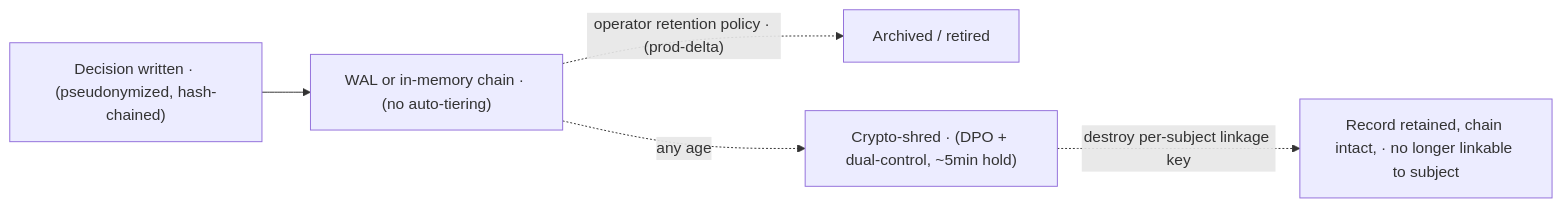
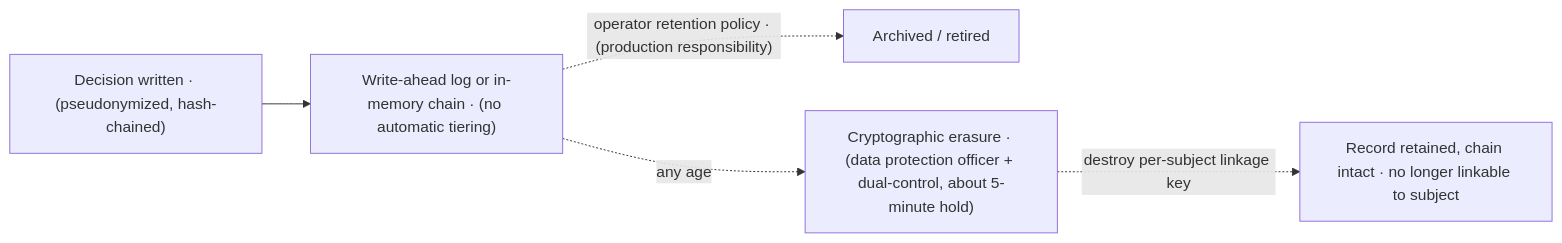
One commit to modootoday/humanymous changed the diagram in docs/explanation/dpia-companion.md. Above: the diagram before and after it, drawn with Mermaid. The commit also changed other lines of this file and 62 other files, not shown here.

````diff
--- a/docs/explanation/dpia-companion.md
+++ b/docs/explanation/dpia-companion.md
@@ -147,7 +147,7 @@
 ```mermaid
 flowchart LR
-  W["Decision written · (pseudonymized, hash-chained)"] --> A["WAL or in-memory chain · (no auto-tiering)"]
-  A -. "operator retention policy · (prod-delta)" .-> RET["Archived / retired"]
-  ER["Crypto-shred · (DPO + dual-control, ~5min hold)"] -. "destroy per-subject linkage key" .-> UN["Record retained, chain intact, · no longer linkable to subject"]
+  W["Decision written · (pseudonymized, hash-chained)"] --> A["Write-ahead log or in-memory chain · (no automatic tiering)"]
+  A -. "operator retention policy · (production responsibility)" .-> RET["Archived / retired"]
+  ER["Cryptographic erasure · (data protection officer + dual-control, about 5-minute hold)"] -. "destroy per-subject linkage key" .-> UN["Record retained, chain intact · no longer linkable to subject"]
   A -. any age .-> ER
 ```
````
